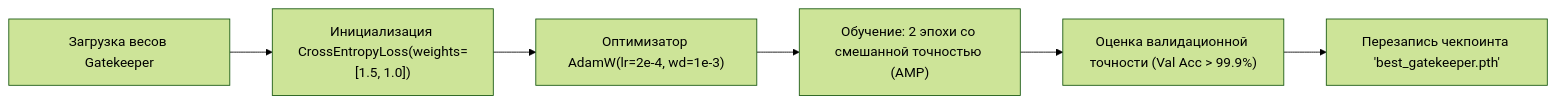
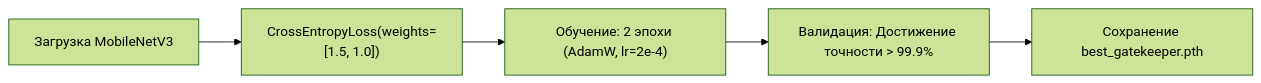
One commit to marklemesev-spec/mri-brain-tumors changed the seventh of 7 diagrams in README.md. Above: the diagram before and after it, drawn with Mermaid (forest theme). The commit also changed other lines of this file, not shown here.

````diff
--- a/README.md
+++ b/README.md
@@ -283,8 +274,7 @@
 ```mermaid
 flowchart LR
-    A["Загрузка весов Gatekeeper"] --> B["Инициализация CrossEntropyLoss(weights=[1.5, 1.0])"]
-    B --> C["Оптимизатор AdamW(lr=2e-4, wd=1e-3)"]
-    C --> D["Обучение: 2 эпохи со смешанной точностью (AMP)"]
-    D --> E["Оценка валидационной точности (Val Acc > 99.9%)"]
-    E --> F["Перезапись чекпоинта 'best_gatekeeper.pth'"]
+    A["Загрузка MobileNetV3"] --> B["CrossEntropyLoss(weights=[1.5, 1.0])"]
+    B --> C["Обучение: 2 эпохи (AdamW, lr=2e-4)"]
+    C --> D["Валидация: Достижение точности > 99.9%"]
+    D --> E["Сохранение best_gatekeeper.pth"]
 ```
````
